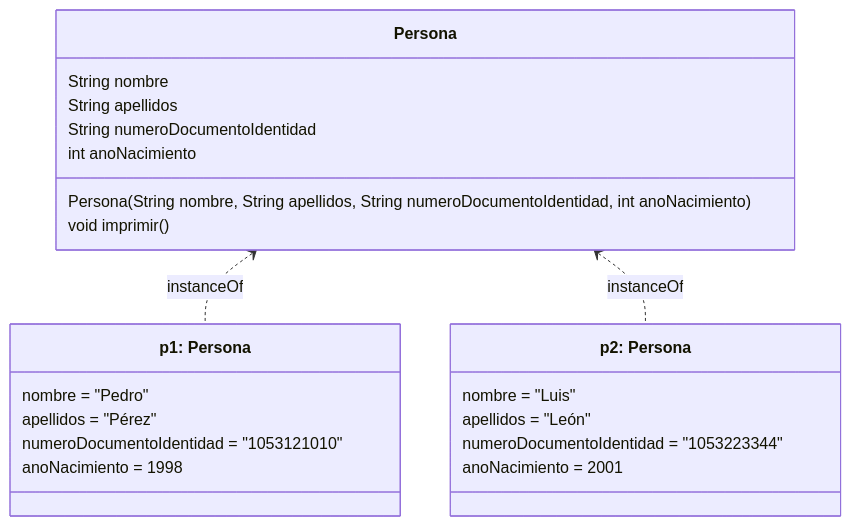
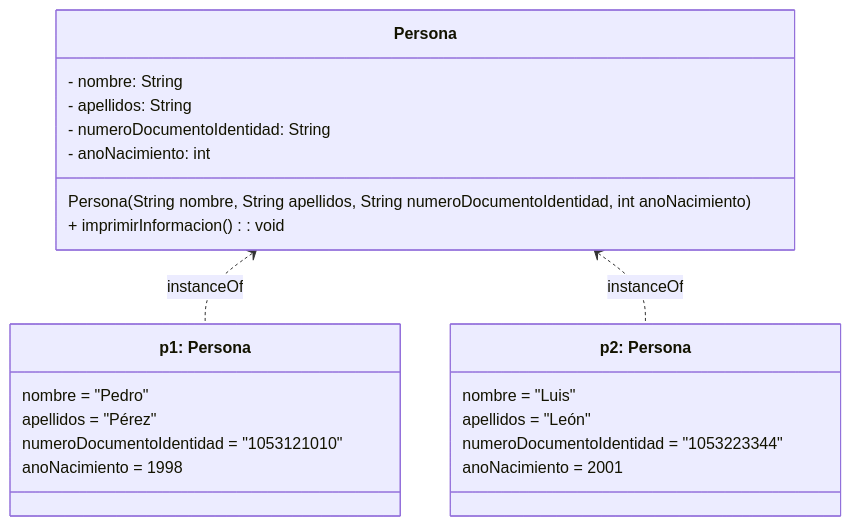
Before and after one commit to JeanRojas17/Ejercicio-Persona: the diagram in README.md, drawn with Mermaid.

Commit message:
Actualización en el archivo README.md

````diff
--- a/README.md
+++ b/README.md
@@ -5,28 +5,28 @@
 ```mermaid
 classDiagram
     class Persona {
-        String nombre
-        String apellidos
-        String numeroDocumentoIdentidad
-        int anoNacimiento
+        - nombre: String
+        - apellidos: String 
+        - numeroDocumentoIdentidad: String 
+        - anoNacimiento: int 
         Persona(String nombre, String apellidos, String numeroDocumentoIdentidad, int anoNacimiento)
-        void imprimir()
+        + imprimirInformacion(): void
     }
 
     class p1["p1: Persona"] {
         nombre = "Pedro"
         apellidos = "Pérez"
         numeroDocumentoIdentidad = "1053121010"
         anoNacimiento = 1998
     }
 
     class p2["p2: Persona"] {
         nombre = "Luis"
         apellidos = "León"
         numeroDocumentoIdentidad = "1053223344"
         anoNacimiento = 2001
     }
 
     Persona <.. p1 : instanceOf
     Persona <.. p2 : instanceOf
 ```
````
